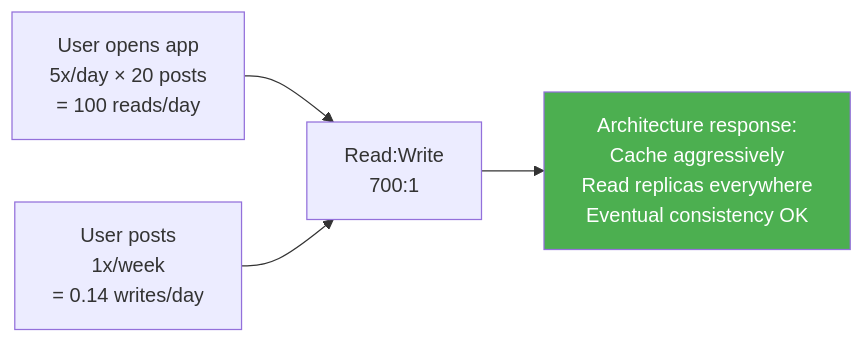
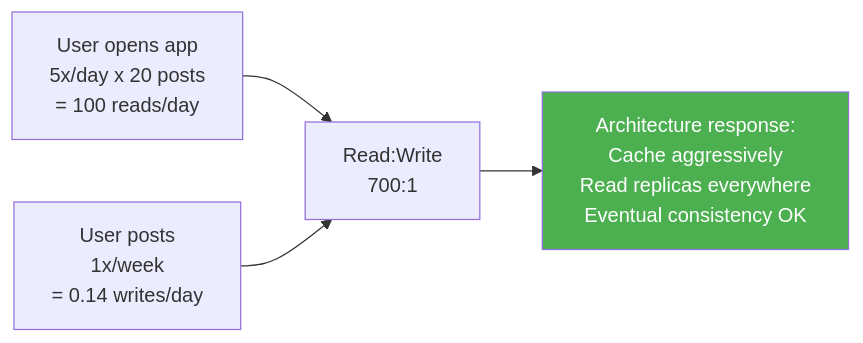
The sixth of 17 diagrams in Section2/Chapter_16_Phase_3_Scale_Capacity_Planning.md (ranjeetnegi/System-Design-for-Staff-SWE), drawn with Mermaid before and after one commit. The commit also changed other lines of this file and 20 other files, not shown here.

````diff
--- a/Section2/Chapter_16_Phase_3_Scale_Capacity_Planning.md
+++ b/Section2/Chapter_16_Phase_3_Scale_Capacity_Planning.md
@@ -537,7 +537,7 @@
 ```mermaid
 flowchart LR
-    A["User opens app\n5x/day × 20 posts\n= 100 reads/day"] --> C["Read:Write\n700:1"]
+    A["User opens app\n5x/day x 20 posts\n= 100 reads/day"] --> C["Read:Write\n700:1"]
     B["User posts\n1x/week\n= 0.14 writes/day"] --> C
     C --> D["Architecture response:\nCache aggressively\nRead replicas everywhere\nEventual consistency OK"]
     style D fill:#4CAF50,color:#fff
 ```
````
